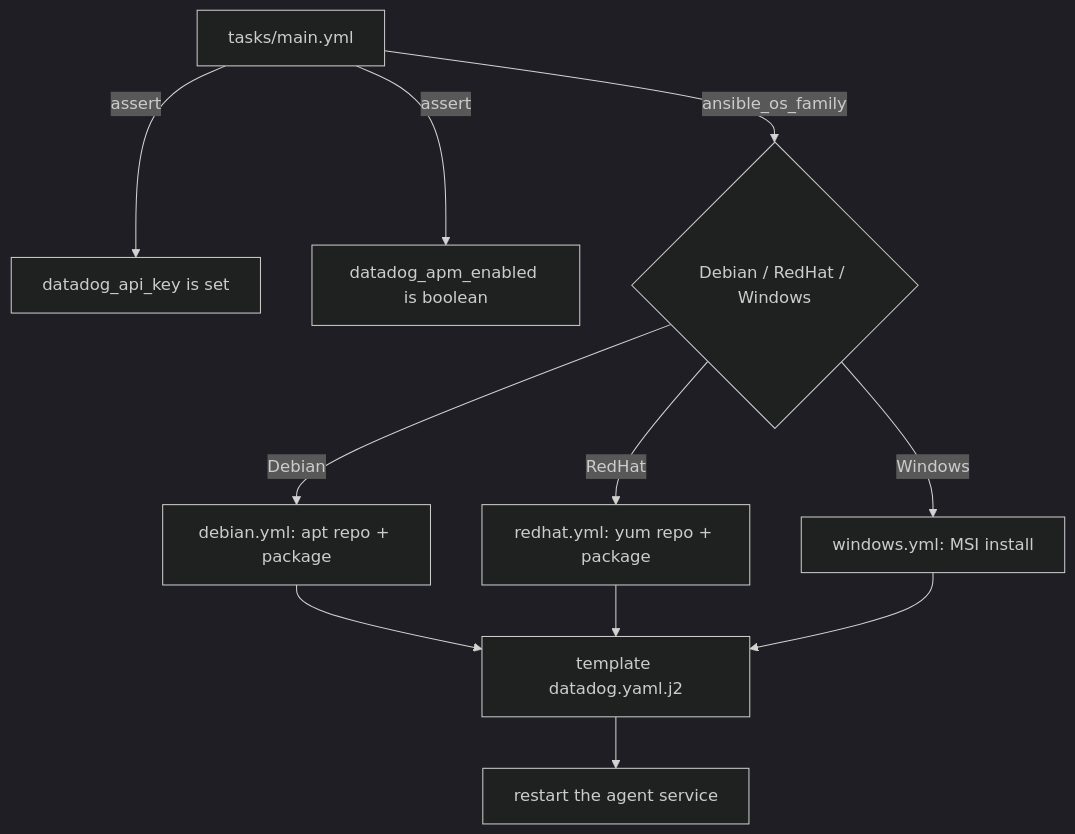
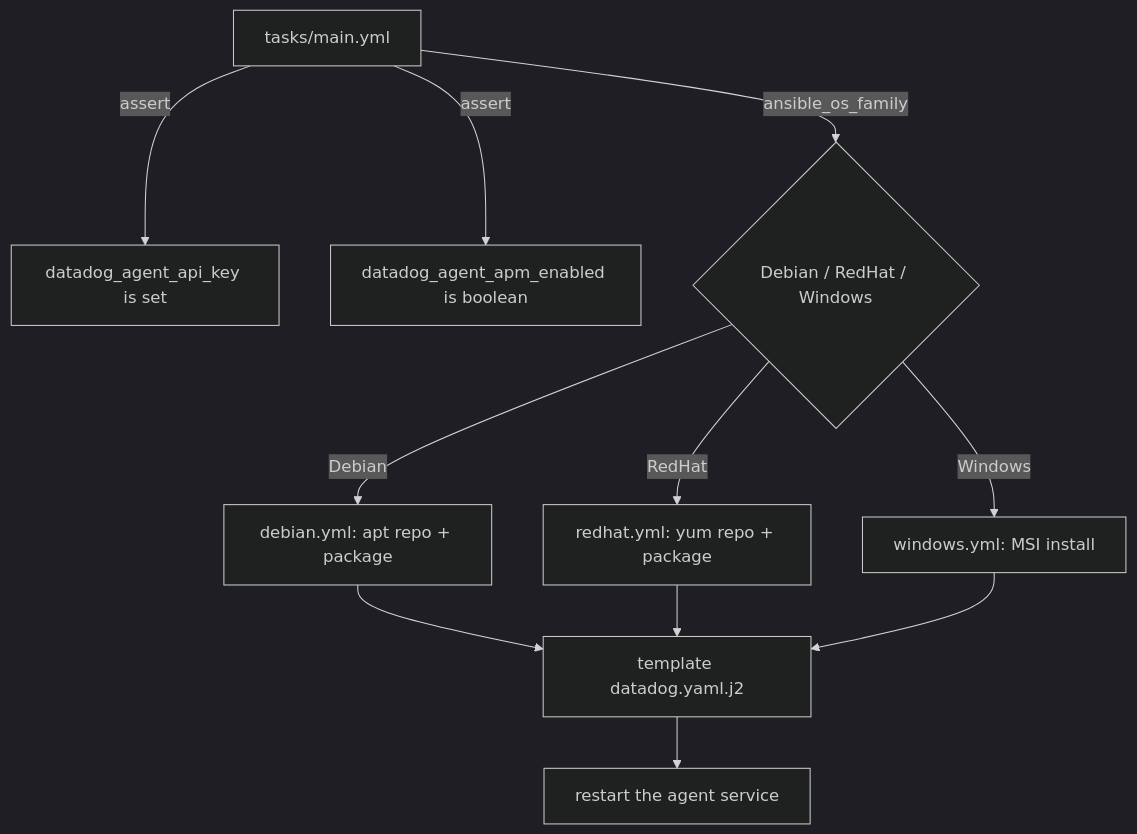
The diagram in README.md (zeinhaidara/25-ansible-datadog-agent-rollout), drawn with Mermaid (dark theme) before and after one commit. The commit also changed other lines of this file and 12 other files, not shown here.

````diff
--- a/README.md
+++ b/README.md
@@ -12,13 +12,13 @@
 ```mermaid
 flowchart TD
-    A[tasks/main.yml] -->|assert| B[datadog_api_key is set]
-    A -->|assert| C[datadog_apm_enabled is boolean]
+    A[tasks/main.yml] -->|assert| B[datadog_agent_api_key is set]
+    A -->|assert| C[datadog_agent_apm_enabled is boolean]
     A -->|ansible_os_family| D{Debian / RedHat / Windows}
     D -->|Debian| E[debian.yml: apt repo + package]
     D -->|RedHat| F[redhat.yml: yum repo + package]
     D -->|Windows| G[windows.yml: MSI install]
     E --> H[template datadog.yaml.j2]
     F --> H
     G --> H
     H --> I[restart the agent service]
 ```
````
